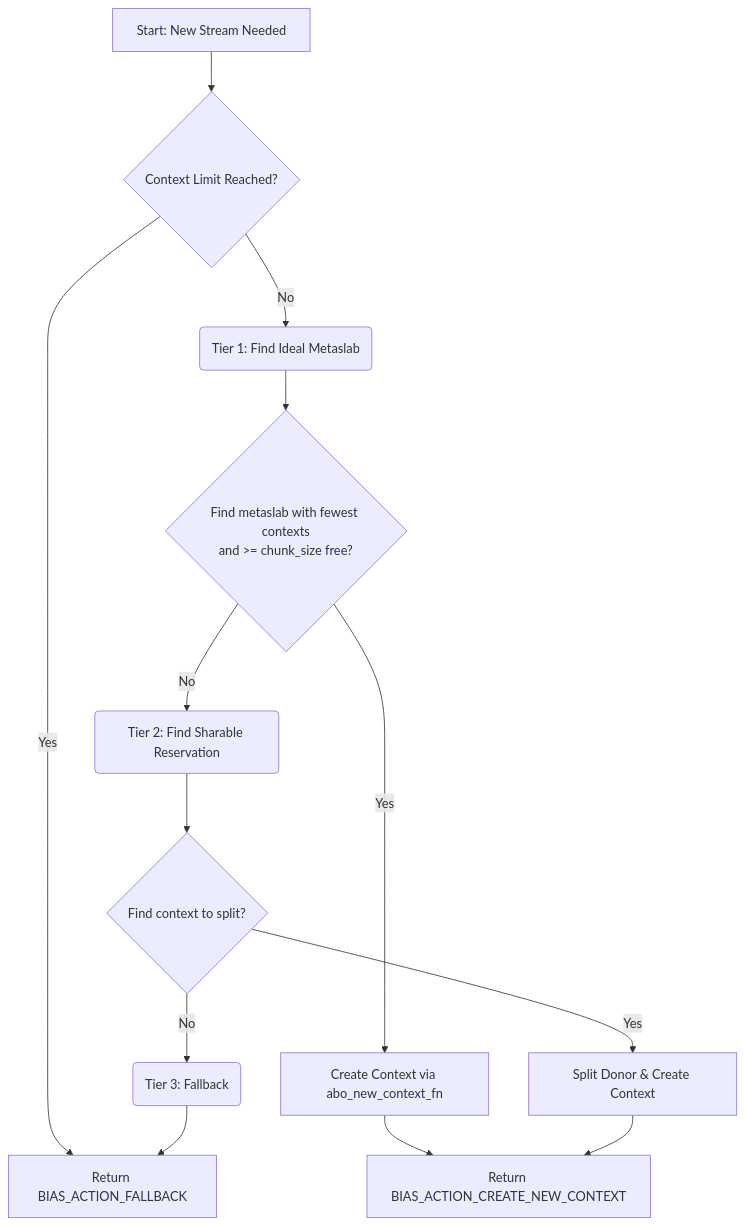
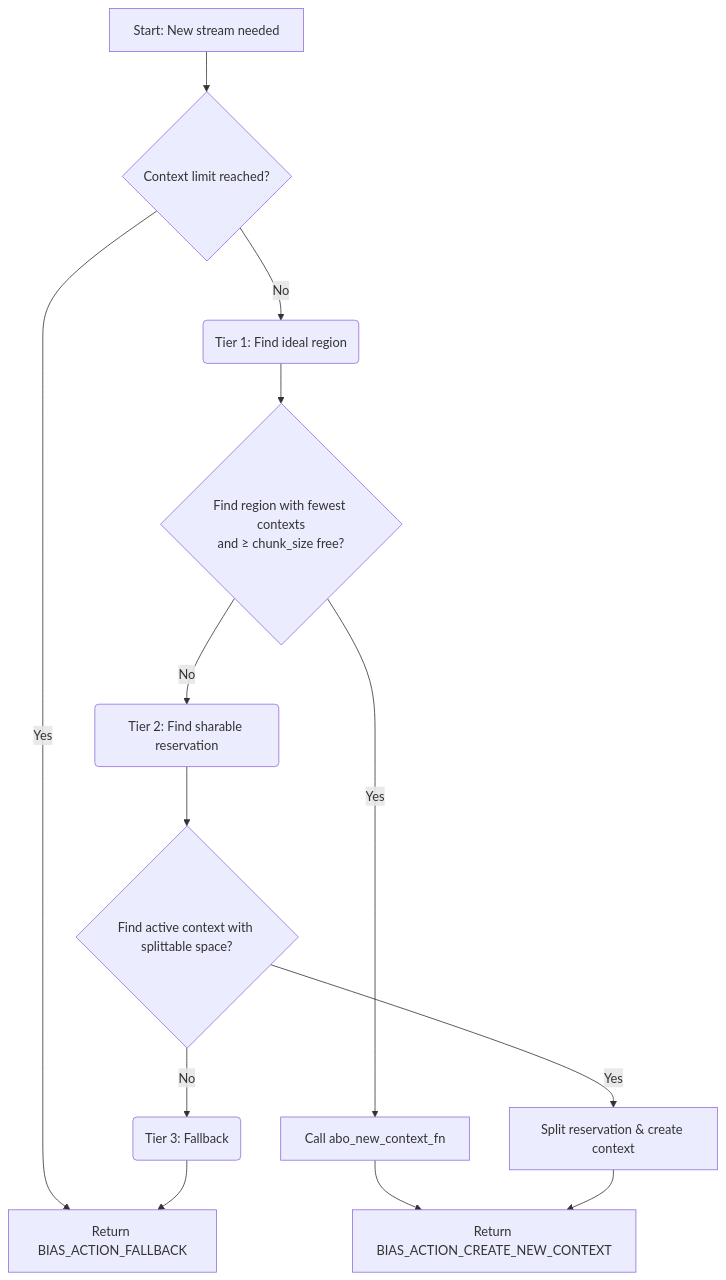
One commit to arg7/zfs-fuse changed the second of 5 diagrams in src/spec.md. Above: the diagram before and after it, drawn with Mermaid. The commit also changed other lines of this file, not shown here.

Commit message:
spec diagrams fixes

````diff
--- a/src/spec.md
+++ b/src/spec.md
@@ -234,18 +234,18 @@
 ```mermaid
 graph TD
-    A[Start: New Stream Needed] --> B{Context Limit Reached?};
+    A[Start: New stream needed] --> B{Context limit reached?};
     B -- Yes --> Z[Return BIAS_ACTION_FALLBACK];
 
-    B -- No --> T1_Start(Tier 1: Find Ideal Metaslab);
-    T1_Start --> T1_Check{Find metaslab with fewest contexts<br/>and >= chunk_size free?};
-    T1_Check -- Yes --> T1_Success[Create Context via abo_new_context_fn];
+    B -- No --> T1_Start(Tier 1: Find ideal region);
+    T1_Start --> T1_Check{Find region with fewest contexts<br/>and ≥ chunk_size free?};
+    T1_Check -- Yes --> T1_Success[Call abo_new_context_fn];
     T1_Success --> Y[Return BIAS_ACTION_CREATE_NEW_CONTEXT];
 
-    T1_Check -- No --> T2_Start(Tier 2: Find Sharable Reservation);
-    T2_Start --> T2_Check{Find context to split?};
-    T2_Check -- Yes --> T2_Success[Split Donor & Create Context];
+    T1_Check -- No --> T2_Start(Tier 2: Find sharable reservation);
+    T2_Start --> T2_Check{Find active context with splittable space?};
+    T2_Check -- Yes --> T2_Success[Split reservation & create context];
     T2_Success --> Y;
     
     T2_Check -- No --> T3_Start(Tier 3: Fallback);
     T3_Start --> Z;
 ```
````
